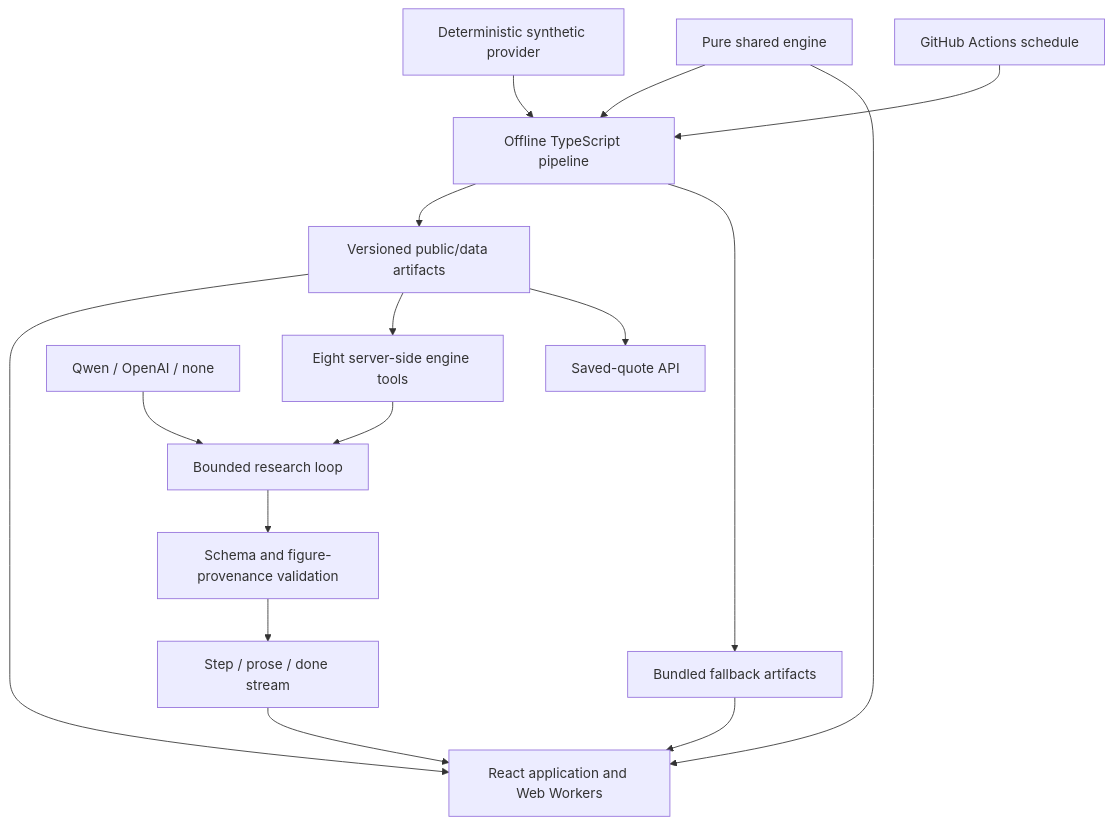
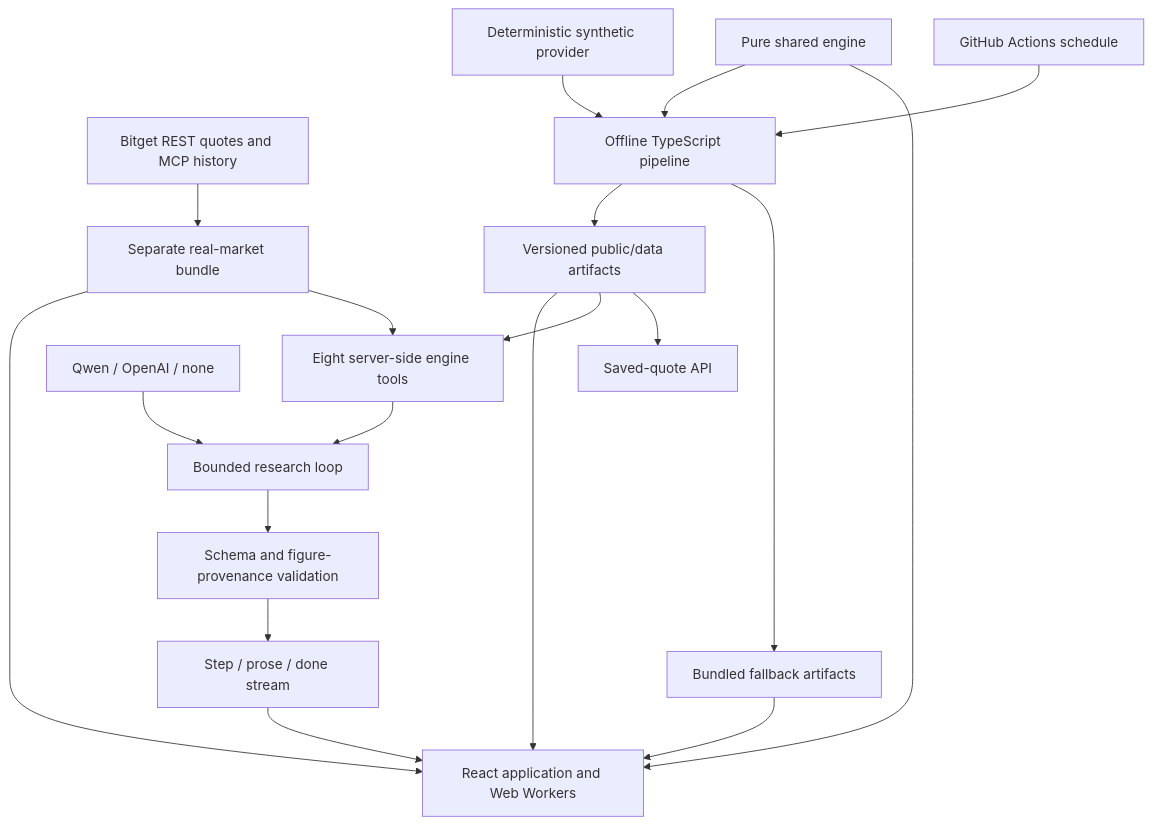
Before and after one commit to ELLA0VICTOR/kairos: the diagram in README.md, drawn with Mermaid. The commit also changed other lines of this file and 58 other files, not shown here.

````diff
--- a/README.md
+++ b/README.md
@@ -108,18 +112,21 @@
 ```mermaid
 flowchart TD
+    Bitget[Bitget REST quotes and MCP history] --> Real[Separate real-market bundle]
+    Real --> UI
+    Real --> Tools
     Provider[Deterministic synthetic provider] --> Pipeline[Offline TypeScript pipeline]
     Engine[Pure shared engine] --> Pipeline
     Pipeline --> Public[Versioned public/data artifacts]
     Pipeline --> Bundled[Bundled fallback artifacts]
     Public --> UI[React application and Web Workers]
     Bundled --> UI
     Engine --> UI
     Public --> Tools[Eight server-side engine tools]
     Tools --> Ask[Bounded research loop]
     LLM[Qwen / OpenAI / none] --> Ask
     Ask --> Validate[Schema and figure-provenance validation]
     Validate --> SSE[Step / prose / done stream]
     SSE --> UI
     Public --> Quotes[Saved-quote API]
     Actions[GitHub Actions schedule] --> Pipeline
 ```
````
